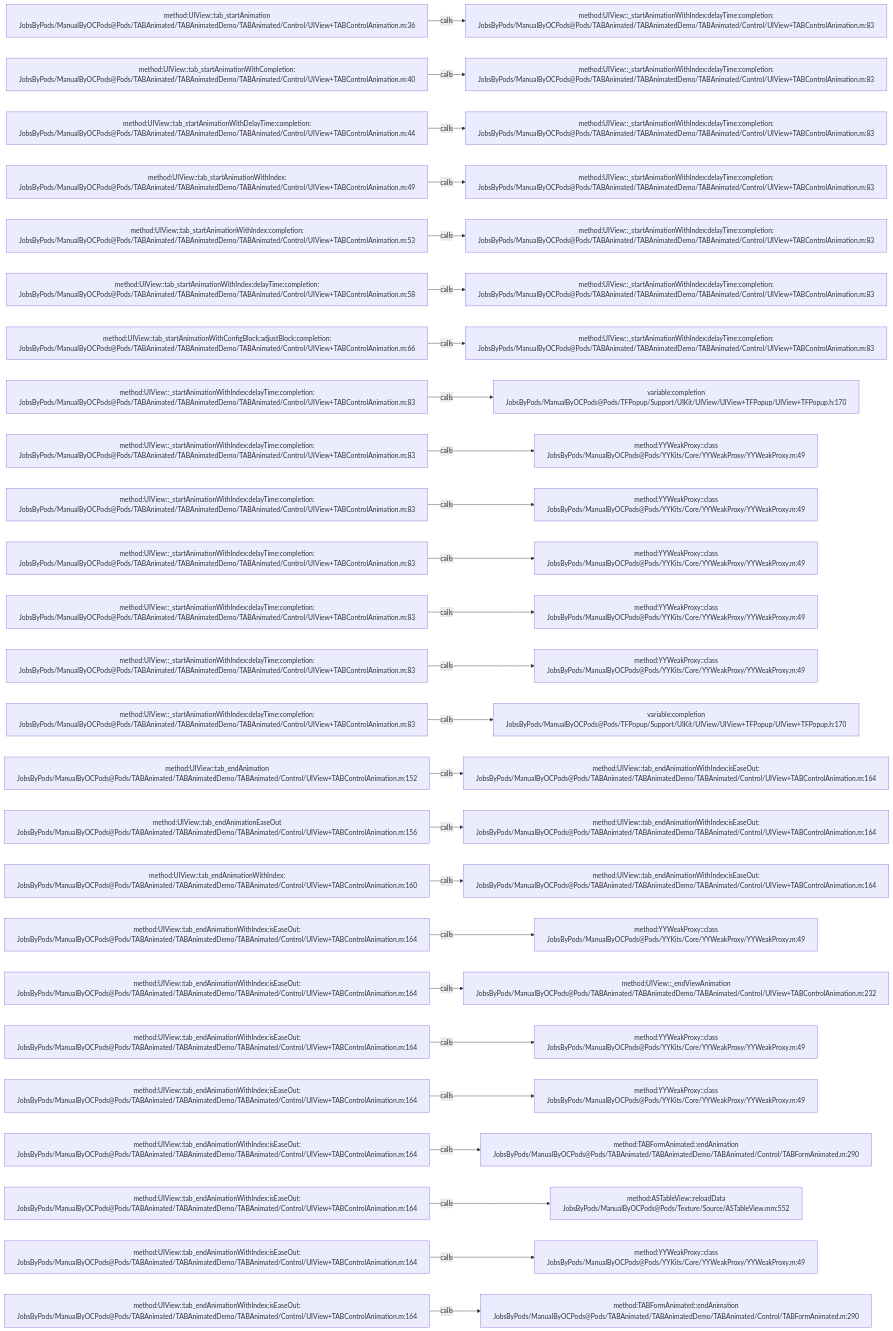
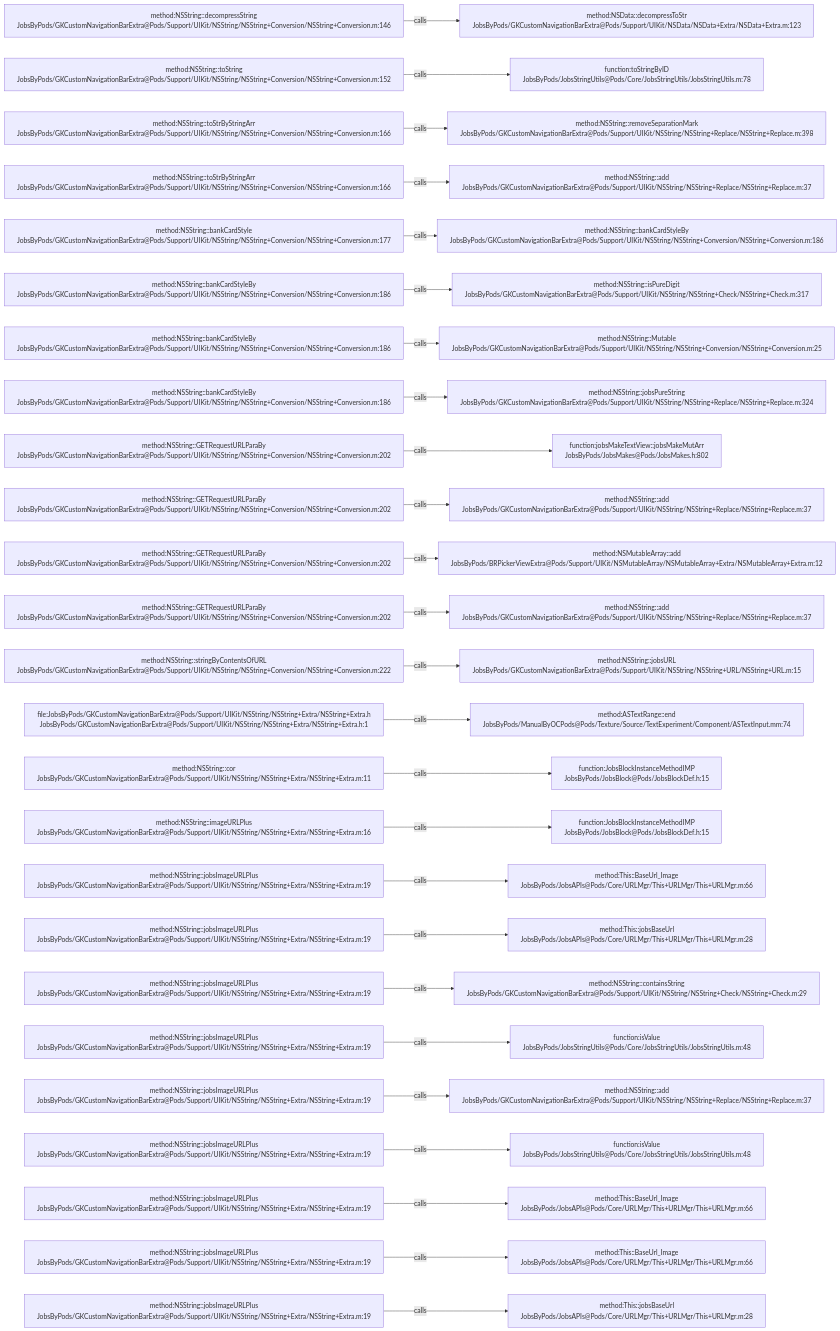
Before and after one commit to JobsKits/JobsOCBaseConfigDemo: the diagram in .codegraph/codegraph.md/graphs/calls-016.md, drawn with Mermaid. The commit also changed 768 other files, not shown here.

````diff
--- a/.codegraph/codegraph.md/graphs/calls-016.md
+++ b/.codegraph/codegraph.md/graphs/calls-016.md
@@ -13,78 +13,78 @@
 ```mermaid
 flowchart LR
-  S1["method:UIView::tab_startAnimation<br/>JobsByPods/ManualByOCPods@Pods/TABAnimated/TABAnimatedDemo/TABAnimated/Control/UIView+TABControlAnimation.m:36"]
-  T1["method:UIView::_startAnimationWithIndex:delayTime:completion:<br/>JobsByPods/ManualByOCPods@Pods/TABAnimated/TABAnimatedDemo/TABAnimated/Control/UIView+TABControlAnimation.m:83"]
+  S1["method:NSString::decompressString<br/>JobsByPods/GKCustomNavigationBarExtra@Pods/Support/UIKit/NSString/NSString+Conversion/NSString+Conversion.m:146"]
+  T1["method:NSData::decompressToStr<br/>JobsByPods/GKCustomNavigationBarExtra@Pods/Support/UIKit/NSData/NSData+Extra/NSData+Extra.m:123"]
   S1 -->|calls| T1
-  S2["method:UIView::tab_startAnimationWithCompletion:<br/>JobsByPods/ManualByOCPods@Pods/TABAnimated/TABAnimatedDemo/TABAnimated/Control/UIView+TABControlAnimation.m:40"]
-  T2["method:UIView::_startAnimationWithIndex:delayTime:completion:<br/>JobsByPods/ManualByOCPods@Pods/TABAnimated/TABAnimatedDemo/TABAnimated/Control/UIView+TABControlAnimation.m:83"]
+  S2["method:NSString::toString<br/>JobsByPods/GKCustomNavigationBarExtra@Pods/Support/UIKit/NSString/NSString+Conversion/NSString+Conversion.m:152"]
+  T2["function:toStringByID<br/>JobsByPods/JobsStringUtils@Pods/Core/JobsStringUtils/JobsStringUtils.m:78"]
   S2 -->|calls| T2
-  S3["method:UIView::tab_startAnimationWithDelayTime:completion:<br/>JobsByPods/ManualByOCPods@Pods/TABAnimated/TABAnimatedDemo/TABAnimated/Control/UIView+TABControlAnimation.m:44"]
-  T3["method:UIView::_startAnimationWithIndex:delayTime:completion:<br/>JobsByPods/ManualByOCPods@Pods/TABAnimated/TABAnimatedDemo/TABAnimated/Control/UIView+TABControlAnimation.m:83"]
+  S3["method:NSString::toStrByStringArr<br/>JobsByPods/GKCustomNavigationBarExtra@Pods/Support/UIKit/NSString/NSString+Conversion/NSString+Conversion.m:166"]
+  T3["method:NSString::removeSeparationMark<br/>JobsByPods/GKCustomNavigationBarExtra@Pods/Support/UIKit/NSString/NSString+Replace/NSString+Replace.m:398"]
   S3 -->|calls| T3
-  S4["method:UIView::tab_startAnimationWithIndex:<br/>JobsByPods/ManualByOCPods@Pods/TABAnimated/TABAnimatedDemo/TABAnimated/Control/UIView+TABControlAnimation.m:49"]
-  T4["method:UIView::_startAnimationWithIndex:delayTime:completion:<br/>JobsByPods/ManualByOCPods@Pods/TABAnimated/TABAnimatedDemo/TABAnimated/Control/UIView+TABControlAnimation.m:83"]
+  S4["method:NSString::toStrByStringArr<br/>JobsByPods/GKCustomNavigationBarExtra@Pods/Support/UIKit/NSString/NSString+Conversion/NSString+Conversion.m:166"]
+  T4["method:NSString::add<br/>JobsByPods/GKCustomNavigationBarExtra@Pods/Support/UIKit/NSString/NSString+Replace/NSString+Replace.m:37"]
   S4 -->|calls| T4
-  S5["method:UIView::tab_startAnimationWithIndex:completion:<br/>JobsByPods/ManualByOCPods@Pods/TABAnimated/TABAnimatedDemo/TABAnimated/Control/UIView+TABControlAnimation.m:53"]
-  T5["method:UIView::_startAnimationWithIndex:delayTime:completion:<br/>JobsByPods/ManualByOCPods@Pods/TABAnimated/TABAnimatedDemo/TABAnimated/Control/UIView+TABControlAnimation.m:83"]
+  S5["method:NSString::bankCardStyle<br/>JobsByPods/GKCustomNavigationBarExtra@Pods/Support/UIKit/NSString/NSString+Conversion/NSString+Conversion.m:177"]
+  T5["method:NSString::bankCardStyleBy<br/>JobsByPods/GKCustomNavigationBarExtra@Pods/Support/UIKit/NSString/NSString+Conversion/NSString+Conversion.m:186"]
   S5 -->|calls| T5
-  S6["method:UIView::tab_startAnimationWithIndex:delayTime:completion:<br/>JobsByPods/ManualByOCPods@Pods/TABAnimated/TABAnimatedDemo/TABAnimated/Control/UIView+TABControlAnimation.m:58"]
-  T6["method:UIView::_startAnimationWithIndex:delayTime:completion:<br/>JobsByPods/ManualByOCPods@Pods/TABAnimated/TABAnimatedDemo/TABAnimated/Control/UIView+TABControlAnimation.m:83"]
+  S6["method:NSString::bankCardStyleBy<br/>JobsByPods/GKCustomNavigationBarExtra@Pods/Support/UIKit/NSString/NSString+Conversion/NSString+Conversion.m:186"]
+  T6["method:NSString::isPureDigit<br/>JobsByPods/GKCustomNavigationBarExtra@Pods/Support/UIKit/NSString/NSString+Check/NSString+Check.m:317"]
   S6 -->|calls| T6
-  S7["method:UIView::tab_startAnimationWithConfigBlock:adjustBlock:completion:<br/>JobsByPods/ManualByOCPods@Pods/TABAnimated/TABAnimatedDemo/TABAnimated/Control/UIView+TABControlAnimation.m:66"]
-  T7["method:UIView::_startAnimationWithIndex:delayTime:completion:<br/>JobsByPods/ManualByOCPods@Pods/TABAnimated/TABAnimatedDemo/TABAnimated/Control/UIView+TABControlAnimation.m:83"]
+  S7["method:NSString::bankCardStyleBy<br/>JobsByPods/GKCustomNavigationBarExtra@Pods/Support/UIKit/NSString/NSString+Conversion/NSString+Conversion.m:186"]
+  T7["method:NSString::Mutable<br/>JobsByPods/GKCustomNavigationBarExtra@Pods/Support/UIKit/NSString/NSString+Conversion/NSString+Conversion.m:25"]
   S7 -->|calls| T7
-  S8["method:UIView::_startAnimationWithIndex:delayTime:completion:<br/>JobsByPods/ManualByOCPods@Pods/TABAnimated/TABAnimatedDemo/TABAnimated/Control/UIView+TABControlAnimation.m:83"]
-  T8["variable:completion<br/>JobsByPods/ManualByOCPods@Pods/TFPopup/Support/UIKit/UIView/UIView+TFPopup/UIView+TFPopup.h:170"]
+  S8["method:NSString::bankCardStyleBy<br/>JobsByPods/GKCustomNavigationBarExtra@Pods/Support/UIKit/NSString/NSString+Conversion/NSString+Conversion.m:186"]
+  T8["method:NSString::jobsPureString<br/>JobsByPods/GKCustomNavigationBarExtra@Pods/Support/UIKit/NSString/NSString+Replace/NSString+Replace.m:324"]
   S8 -->|calls| T8
-  S9["method:UIView::_startAnimationWithIndex:delayTime:completion:<br/>JobsByPods/ManualByOCPods@Pods/TABAnimated/TABAnimatedDemo/TABAnimated/Control/UIView+TABControlAnimation.m:83"]
-  T9["method:YYWeakProxy::class<br/>JobsByPods/ManualByOCPods@Pods/YYKits/Core/YYWeakProxy/YYWeakProxy.m:49"]
+  S9["method:NSString::GETRequestURLParaBy<br/>JobsByPods/GKCustomNavigationBarExtra@Pods/Support/UIKit/NSString/NSString+Conversion/NSString+Conversion.m:202"]
+  T9["function:jobsMakeTextView::jobsMakeMutArr<br/>JobsByPods/JobsMakes@Pods/JobsMakes.h:802"]
   S9 -->|calls| T9
-  S10["method:UIView::_startAnimationWithIndex:delayTime:completion:<br/>JobsByPods/ManualByOCPods@Pods/TABAnimated/TABAnimatedDemo/TABAnimated/Control/UIView+TABControlAnimation.m:83"]
-  T10["method:YYWeakProxy::class<br/>JobsByPods/ManualByOCPods@Pods/YYKits/Core/YYWeakProxy/YYWeakProxy.m:49"]
+  S10["method:NSString::GETRequestURLParaBy<br/>JobsByPods/GKCustomNavigationBarExtra@Pods/Support/UIKit/NSString/NSString+Conversion/NSString+Conversion.m:202"]
+  T10["method:NSString::add<br/>JobsByPods/GKCustomNavigationBarExtra@Pods/Support/UIKit/NSString/NSString+Replace/NSString+Replace.m:37"]
   S10 -->|calls| T10
-  S11["method:UIView::_startAnimationWithIndex:delayTime:completion:<br/>JobsByPods/ManualByOCPods@Pods/TABAnimated/TABAnimatedDemo/TABAnimated/Control/UIView+TABControlAnimation.m:83"]
-  T11["method:YYWeakProxy::class<br/>JobsByPods/ManualByOCPods@Pods/YYKits/Core/YYWeakProxy/YYWeakProxy.m:49"]
+  S11["method:NSString::GETRequestURLParaBy<br/>JobsByPods/GKCustomNavigationBarExtra@Pods/Support/UIKit/NSString/NSString+Conversion/NSString+Conversion.m:202"]
+  T11["method:NSMutableArray::add<br/>JobsByPods/BRPickerViewExtra@Pods/Support/UIKit/NSMutableArray/NSMutableArray+Extra/NSMutableArray+Extra.m:12"]
   S11 -->|calls| T11
-  S12["method:UIView::_startAnimationWithIndex:delayTime:completion:<br/>JobsByPods/ManualByOCPods@Pods/TABAnimated/TABAnimatedDemo/TABAnimated/Control/UIView+TABControlAnimation.m:83"]
-  T12["method:YYWeakProxy::class<br/>JobsByPods/ManualByOCPods@Pods/YYKits/Core/YYWeakProxy/YYWeakProxy.m:49"]
+  S12["method:NSString::GETRequestURLParaBy<br/>JobsByPods/GKCustomNavigationBarExtra@Pods/Support/UIKit/NSString/NSString+Conversion/NSString+Conversion.m:202"]
+  T12["method:NSString::add<br/>JobsByPods/GKCustomNavigationBarExtra@Pods/Support/UIKit/NSString/NSString+Replace/NSString+Replace.m:37"]
   S12 -->|calls| T12
-  S13["method:UIView::_startAnimationWithIndex:delayTime:completion:<br/>JobsByPods/ManualByOCPods@Pods/TABAnimated/TABAnimatedDemo/TABAnimated/Control/UIView+TABControlAnimation.m:83"]
-  T13["method:YYWeakProxy::class<br/>JobsByPods/ManualByOCPods@Pods/YYKits/Core/YYWeakProxy/YYWeakProxy.m:49"]
+  S13["method:NSString::stringByContentsOfURL<br/>JobsByPods/GKCustomNavigationBarExtra@Pods/Support/UIKit/NSString/NSString+Conversion/NSString+Conversion.m:222"]
+  T13["method:NSString::jobsURL<br/>JobsByPods/GKCustomNavigationBarExtra@Pods/Support/UIKit/NSString/NSString+URL/NSString+URL.m:15"]
   S13 -->|calls| T13
-  S14["method:UIView::_startAnimationWithIndex:delayTime:completion:<br/>JobsByPods/ManualByOCPods@Pods/TABAnimated/TABAnimatedDemo/TABAnimated/Control/UIView+TABControlAnimation.m:83"]
-  T14["variable:completion<br/>JobsByPods/ManualByOCPods@Pods/TFPopup/Support/UIKit/UIView/UIView+TFPopup/UIView+TFPopup.h:170"]
+  S14["file:JobsByPods/GKCustomNavigationBarExtra@Pods/Support/UIKit/NSString/NSString+Extra/NSString+Extra.h<br/>JobsByPods/GKCustomNavigationBarExtra@Pods/Support/UIKit/NSString/NSString+Extra/NSString+Extra.h:1"]
+  T14["method:ASTextRange::end<br/>JobsByPods/ManualByOCPods@Pods/Texture/Source/TextExperiment/Component/ASTextInput.mm:74"]
   S14 -->|calls| T14
-  S15["method:UIView::tab_endAnimation<br/>JobsByPods/ManualByOCPods@Pods/TABAnimated/TABAnimatedDemo/TABAnimated/Control/UIView+TABControlAnimation.m:152"]
-  T15["method:UIView::tab_endAnimationWithIndex:isEaseOut:<br/>JobsByPods/ManualByOCPods@Pods/TABAnimated/TABAnimatedDemo/TABAnimated/Control/UIView+TABControlAnimation.m:164"]
+  S15["method:NSString::cor<br/>JobsByPods/GKCustomNavigationBarExtra@Pods/Support/UIKit/NSString/NSString+Extra/NSString+Extra.m:11"]
+  T15["function:JobsBlockInstanceMethodIMP<br/>JobsByPods/JobsBlock@Pods/JobsBlockDef.h:15"]
   S15 -->|calls| T15
-  S16["method:UIView::tab_endAnimationEaseOut<br/>JobsByPods/ManualByOCPods@Pods/TABAnimated/TABAnimatedDemo/TABAnimated/Control/UIView+TABControlAnimation.m:156"]
-  T16["method:UIView::tab_endAnimationWithIndex:isEaseOut:<br/>JobsByPods/ManualByOCPods@Pods/TABAnimated/TABAnimatedDemo/TABAnimated/Control/UIView+TABControlAnimation.m:164"]
+  S16["method:NSString::imageURLPlus<br/>JobsByPods/GKCustomNavigationBarExtra@Pods/Support/UIKit/NSString/NSString+Extra/NSString+Extra.m:16"]
+  T16["function:JobsBlockInstanceMethodIMP<br/>JobsByPods/JobsBlock@Pods/JobsBlockDef.h:15"]
   S16 -->|calls| T16
-  S17["method:UIView::tab_endAnimationWithIndex:<br/>JobsByPods/ManualByOCPods@Pods/TABAnimated/TABAnimatedDemo/TABAnimated/Control/UIView+TABControlAnimation.m:160"]
-  T17["method:UIView::tab_endAnimationWithIndex:isEaseOut:<br/>JobsByPods/ManualByOCPods@Pods/TABAnimated/TABAnimatedDemo/TABAnimated/Control/UIView+TABControlAnimation.m:164"]
+  S17["method:NSString::jobsImageURLPlus<br/>JobsByPods/GKCustomNavigationBarExtra@Pods/Support/UIKit/NSString/NSString+Extra/NSString+Extra.m:19"]
+  T17["method:This::BaseUrl_Image<br/>JobsByPods/JobsAPIs@Pods/Core/URLMgr/This+URLMgr/This+URLMgr.m:66"]
   S17 -->|calls| T17
-  S18["method:UIView::tab_endAnimationWithIndex:isEaseOut:<br/>JobsByPods/ManualByOCPods@Pods/TABAnimated/TABAnimatedDemo/TABAnimated/Control/UIView+TABControlAnimation.m:164"]
-  T18["method:YYWeakProxy::class<br/>JobsByPods/ManualByOCPods@Pods/YYKits/Core/YYWeakProxy/YYWeakProxy.m:49"]
+  S18["method:NSString::jobsImageURLPlus<br/>JobsByPods/GKCustomNavigationBarExtra@Pods/Support/UIKit/NSString/NSString+Extra/NSString+Extra.m:19"]
+  T18["method:This::jobsBaseUrl<br/>JobsByPods/JobsAPIs@Pods/Core/URLMgr/This+URLMgr/This+URLMgr.m:28"]
   S18 -->|calls| T18
-  S19["method:UIView::tab_endAnimationWithIndex:isEaseOut:<br/>JobsByPods/ManualByOCPods@Pods/TABAnimated/TABAnimatedDemo/TABAnimated/Control/UIView+TABControlAnimation.m:164"]
-  T19["method:UIView::_endViewAnimation<br/>JobsByPods/ManualByOCPods@Pods/TABAnimated/TABAnimatedDemo/TABAnimated/Control/UIView+TABControlAnimation.m:232"]
+  S19["method:NSString::jobsImageURLPlus<br/>JobsByPods/GKCustomNavigationBarExtra@Pods/Support/UIKit/NSString/NSString+Extra/NSString+Extra.m:19"]
+  T19["method:NSString::containsString<br/>JobsByPods/GKCustomNavigationBarExtra@Pods/Support/UIKit/NSString/NSString+Check/NSString+Check.m:29"]
   S19 -->|calls| T19
-  S20["method:UIView::tab_endAnimationWithIndex:isEaseOut:<br/>JobsByPods/ManualByOCPods@Pods/TABAnimated/TABAnimatedDemo/TABAnimated/Control/UIView+TABControlAnimation.m:164"]
-  T20["method:YYWeakProxy::class<br/>JobsByPods/ManualByOCPods@Pods/YYKits/Core/YYWeakProxy/YYWeakProxy.m:49"]
+  S20["method:NSString::jobsImageURLPlus<br/>JobsByPods/GKCustomNavigationBarExtra@Pods/Support/UIKit/NSString/NSString+Extra/NSString+Extra.m:19"]
+  T20["function:isValue<br/>JobsByPods/JobsStringUtils@Pods/Core/JobsStringUtils/JobsStringUtils.m:48"]
   S20 -->|calls| T20
-  S21["method:UIView::tab_endAnimationWithIndex:isEaseOut:<br/>JobsByPods/ManualByOCPods@Pods/TABAnimated/TABAnimatedDemo/TABAnimated/Control/UIView+TABControlAnimation.m:164"]
-  T21["method:YYWeakProxy::class<br/>JobsByPods/ManualByOCPods@Pods/YYKits/Core/YYWeakProxy/YYWeakProxy.m:49"]
+  S21["method:NSString::jobsImageURLPlus<br/>JobsByPods/GKCustomNavigationBarExtra@Pods/Support/UIKit/NSString/NSString+Extra/NSString+Extra.m:19"]
+  T21["method:NSString::add<br/>JobsByPods/GKCustomNavigationBarExtra@Pods/Support/UIKit/NSString/NSString+Replace/NSString+Replace.m:37"]
   S21 -->|calls| T21
-  S22["method:UIView::tab_endAnimationWithIndex:isEaseOut:<br/>JobsByPods/ManualByOCPods@Pods/TABAnimated/TABAnimatedDemo/TABAnimated/Control/UIView+TABControlAnimation.m:164"]
-  T22["method:TABFormAnimated::endAnimation<br/>JobsByPods/ManualByOCPods@Pods/TABAnimated/TABAnimatedDemo/TABAnimated/Control/TABFormAnimated.m:290"]
+  S22["method:NSString::jobsImageURLPlus<br/>JobsByPods/GKCustomNavigationBarExtra@Pods/Support/UIKit/NSString/NSString+Extra/NSString+Extra.m:19"]
+  T22["function:isValue<br/>JobsByPods/JobsStringUtils@Pods/Core/JobsStringUtils/JobsStringUtils.m:48"]
   S22 -->|calls| T22
-  S23["method:UIView::tab_endAnimationWithIndex:isEaseOut:<br/>JobsByPods/ManualByOCPods@Pods/TABAnimated/TABAnimatedDemo/TABAnimated/Control/UIView+TABControlAnimation.m:164"]
-  T23["method:ASTableView::reloadData<br/>JobsByPods/ManualByOCPods@Pods/Texture/Source/ASTableView.mm:552"]
+  S23["method:NSString::jobsImageURLPlus<br/>JobsByPods/GKCustomNavigationBarExtra@Pods/Support/UIKit/NSString/NSString+Extra/NSString+Extra.m:19"]
+  T23["method:This::BaseUrl_Image<br/>JobsByPods/JobsAPIs@Pods/Core/URLMgr/This+URLMgr/This+URLMgr.m:66"]
   S23 -->|calls| T23
-  S24["method:UIView::tab_endAnimationWithIndex:isEaseOut:<br/>JobsByPods/ManualByOCPods@Pods/TABAnimated/TABAnimatedDemo/TABAnimated/Control/UIView+TABControlAnimation.m:164"]
-  T24["method:YYWeakProxy::class<br/>JobsByPods/ManualByOCPods@Pods/YYKits/Core/YYWeakProxy/YYWeakProxy.m:49"]
+  S24["method:NSString::jobsImageURLPlus<br/>JobsByPods/GKCustomNavigationBarExtra@Pods/Support/UIKit/NSString/NSString+Extra/NSString+Extra.m:19"]
+  T24["method:This::BaseUrl_Image<br/>JobsByPods/JobsAPIs@Pods/Core/URLMgr/This+URLMgr/This+URLMgr.m:66"]
   S24 -->|calls| T24
-  S25["method:UIView::tab_endAnimationWithIndex:isEaseOut:<br/>JobsByPods/ManualByOCPods@Pods/TABAnimated/TABAnimatedDemo/TABAnimated/Control/UIView+TABControlAnimation.m:164"]
-  T25["method:TABFormAnimated::endAnimation<br/>JobsByPods/ManualByOCPods@Pods/TABAnimated/TABAnimatedDemo/TABAnimated/Control/TABFormAnimated.m:290"]
+  S25["method:NSString::jobsImageURLPlus<br/>JobsByPods/GKCustomNavigationBarExtra@Pods/Support/UIKit/NSString/NSString+Extra/NSString+Extra.m:19"]
+  T25["method:This::jobsBaseUrl<br/>JobsByPods/JobsAPIs@Pods/Core/URLMgr/This+URLMgr/This+URLMgr.m:28"]
   S25 -->|calls| T25
 ```
````
